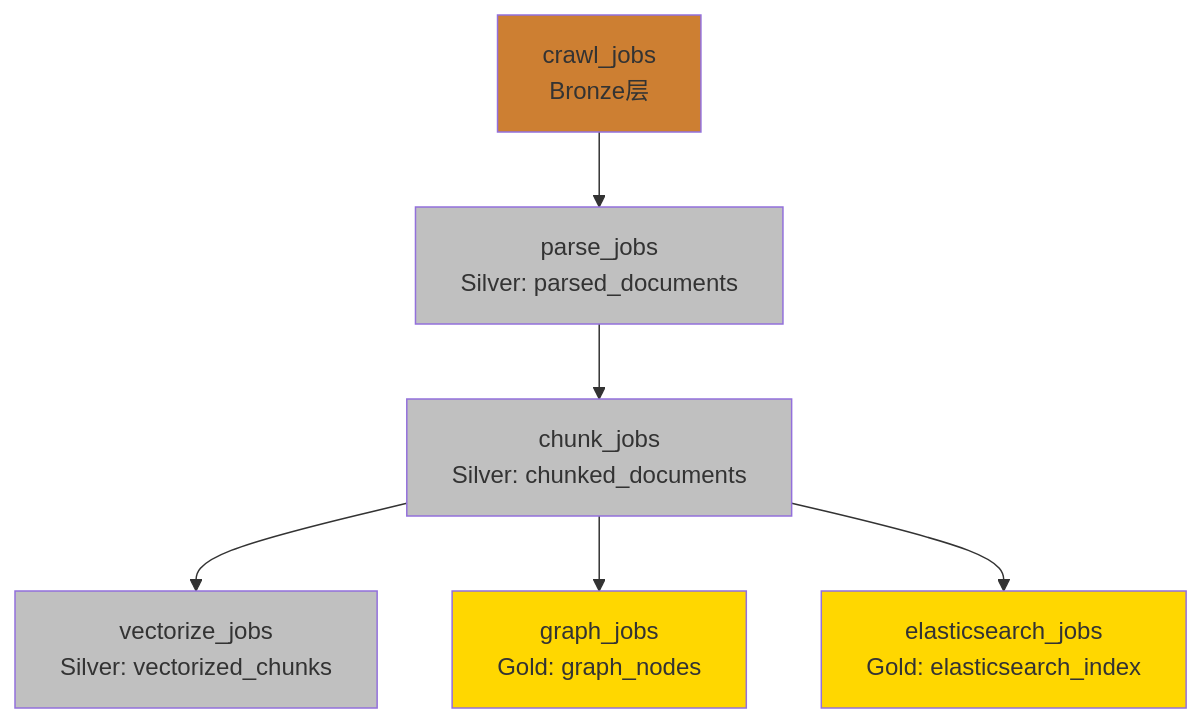
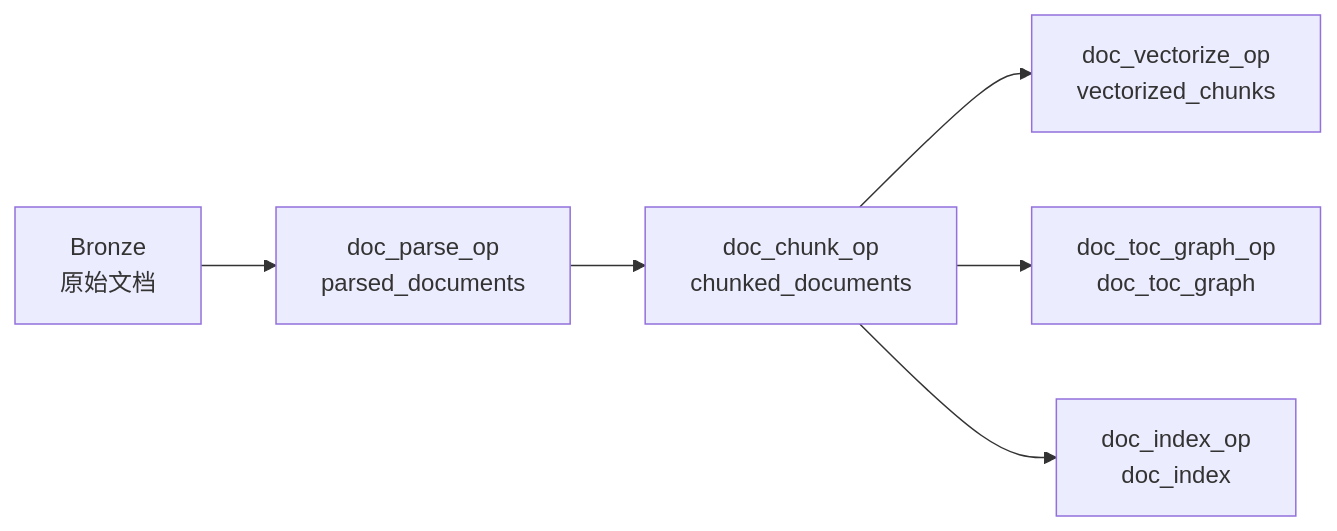
One commit to bertzhan/FinNet changed the second of 2 diagrams in docs/DATA_LINEAGE.md. Above: the diagram before and after it, drawn with Mermaid. The commit also changed other lines of this file and 10 other files, not shown here.

````diff
--- a/docs/DATA_LINEAGE.md
+++ b/docs/DATA_LINEAGE.md
@@ -22,15 +82,8 @@
 ```mermaid
-graph TD
-    A[crawl_jobs<br/>Bronze层] --> B[parse_jobs<br/>Silver: parsed_documents]
-    B --> C[chunk_jobs<br/>Silver: chunked_documents]
-    C --> D[vectorize_jobs<br/>Silver: vectorized_chunks]
-    C --> E[graph_jobs<br/>Gold: graph_nodes]
-    C --> F[elasticsearch_jobs<br/>Gold: elasticsearch_index]
-    
-    style A fill:#cd7f32
-    style B fill:#c0c0c0
-    style C fill:#c0c0c0
-    style D fill:#c0c0c0
-    style E fill:#ffd700
-    style F fill:#ffd700
+flowchart LR
+    Bronze[Bronze<br/>原始文档] --> Parse[doc_parse_op<br/>parsed_documents]
+    Parse --> Chunk[doc_chunk_op<br/>chunked_documents]
+    Chunk --> V[doc_vectorize_op<br/>vectorized_chunks]
+    Chunk --> G[doc_toc_graph_op<br/>doc_toc_graph]
+    Chunk --> E[doc_index_op<br/>doc_index]
 ```
````
